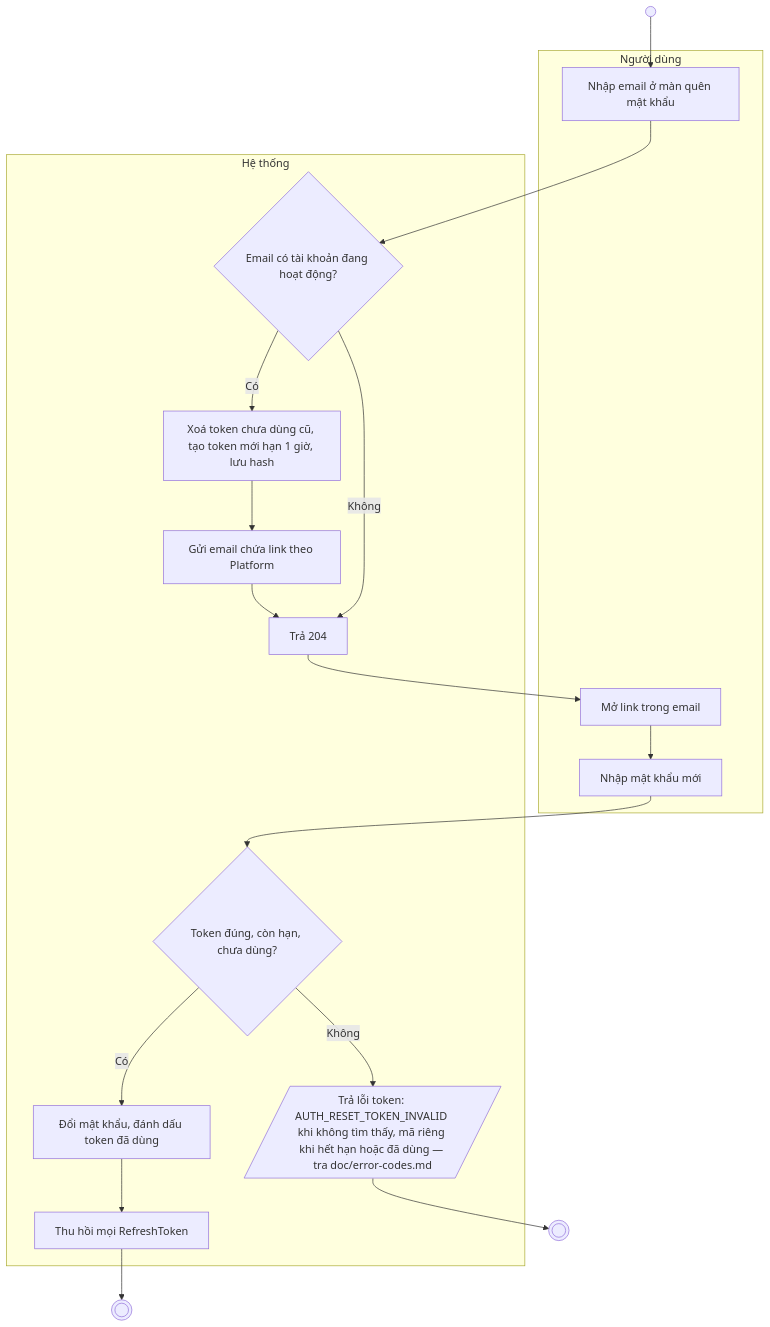
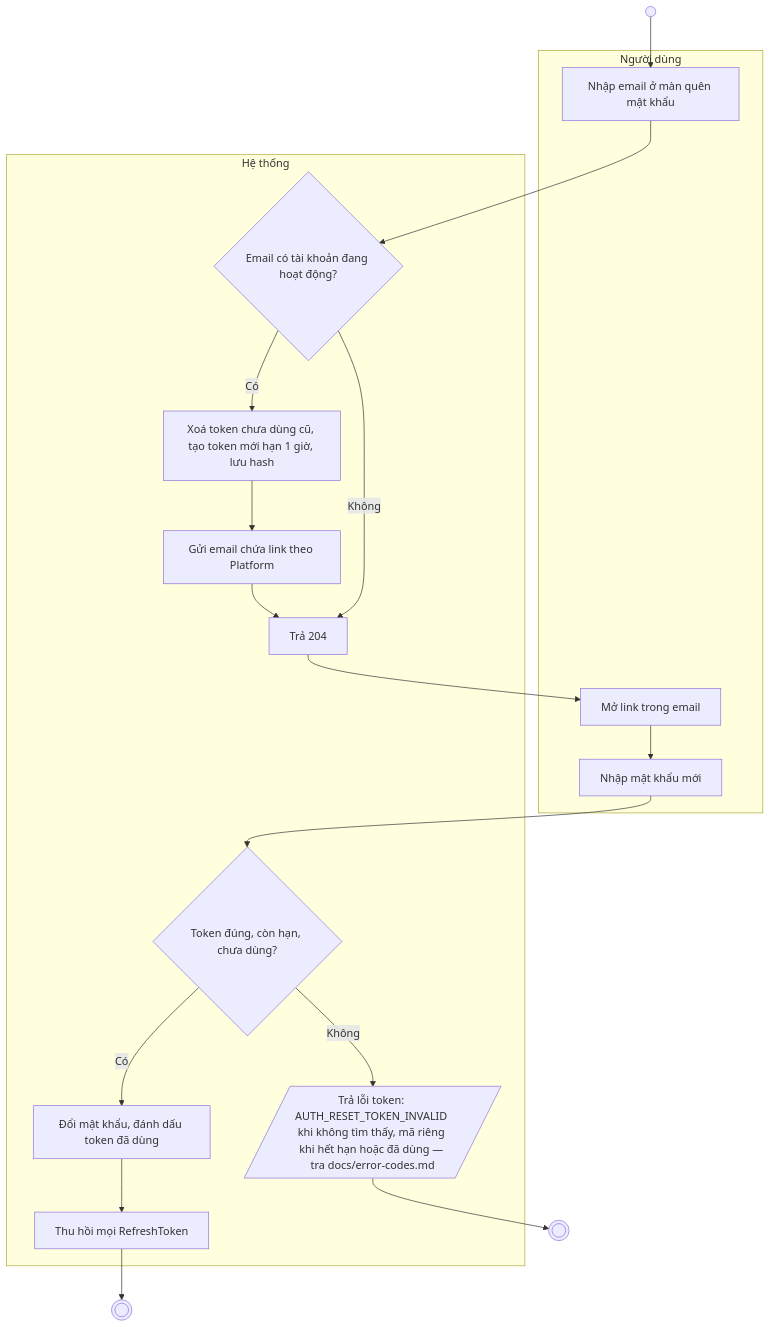
One commit to Harmonia-FA26SE066-GFA143/Harmonia-BE changed the fifth of 6 diagrams in docs/harmonia-activity-diagram-guide.md. Above: the diagram before and after it, drawn with Mermaid. The commit also changed other lines of this file and 36 other files, not shown here.

````diff
--- a/docs/harmonia-activity-diagram-guide.md
+++ b/docs/harmonia-activity-diagram-guide.md
@@ -282,28 +282,28 @@
 ```mermaid
 flowchart TD
     S(( )) --> A1
 
     subgraph U[Người dùng]
         A1[Nhập email ở màn quên mật khẩu]
         A2[Mở link trong email]
         A3[Nhập mật khẩu mới]
     end
 
     subgraph SYS[Hệ thống]
         D1{Email có tài khoản đang hoạt động?}
         B1[Xoá token chưa dùng cũ, tạo token mới hạn 1 giờ, lưu hash]
         B2[Gửi email chứa link theo Platform]
         B3[Trả 204]
         D2{Token đúng, còn hạn, chưa dùng?}
         B4[Đổi mật khẩu, đánh dấu token đã dùng]
         B5[Thu hồi mọi RefreshToken]
-        X1[/Trả lỗi token: AUTH_RESET_TOKEN_INVALID khi không tìm thấy, mã riêng khi hết hạn hoặc đã dùng — tra doc/error-codes.md/]
+        X1[/Trả lỗi token: AUTH_RESET_TOKEN_INVALID khi không tìm thấy, mã riêng khi hết hạn hoặc đã dùng — tra docs/error-codes.md/]
     end
 
     A1 --> D1
     D1 -- Có --> B1 --> B2 --> B3
     D1 -- Không --> B3
     B3 --> A2 --> A3 --> D2
     D2 -- Không --> X1 --> E1(((" ")))
     D2 -- Có --> B4 --> B5 --> E2(((" ")))
 ```
````
